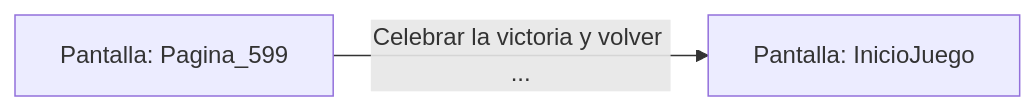
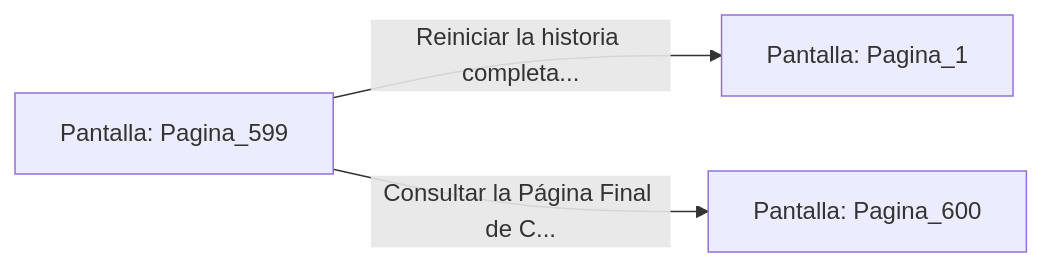
Before and after one commit to metsuke/mpl: the diagram in sample/eligejuego-vault/Pantalla_Pagina_599.md, drawn with Mermaid. The commit also changed other lines of this file and 635 other files, not shown here.

First line of the commit message:
fix: añadir Pagina_1 como pantalla inicial en capitulo_01.mpl

````diff
--- a/sample/eligejuego-vault/Pantalla_Pagina_599.md
+++ b/sample/eligejuego-vault/Pantalla_Pagina_599.md
@@ -17,5 +28,6 @@
 ```mermaid
 graph LR
     P_Pagina_599["Pantalla: Pagina_599"]
-    P_Pagina_599 -->|"Celebrar la victoria y volver ..."| P_InicioJuego["Pantalla: InicioJuego"]
+    P_Pagina_599 -->|"Reiniciar la historia completa..."| P_Pagina_1["Pantalla: Pagina_1"]
+    P_Pagina_599 -->|"Consultar la Página Final de C..."| P_Pagina_600["Pantalla: Pagina_600"]
 ```
````
